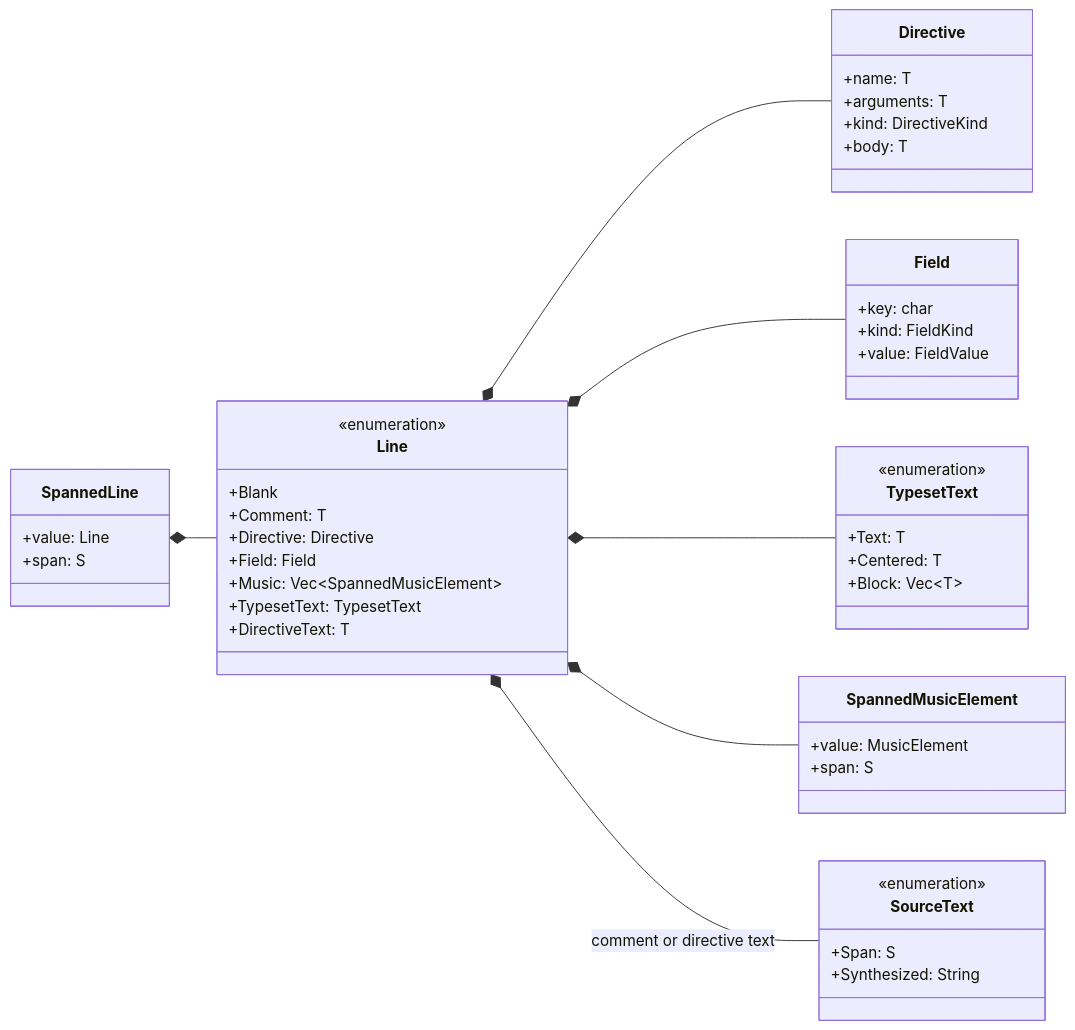
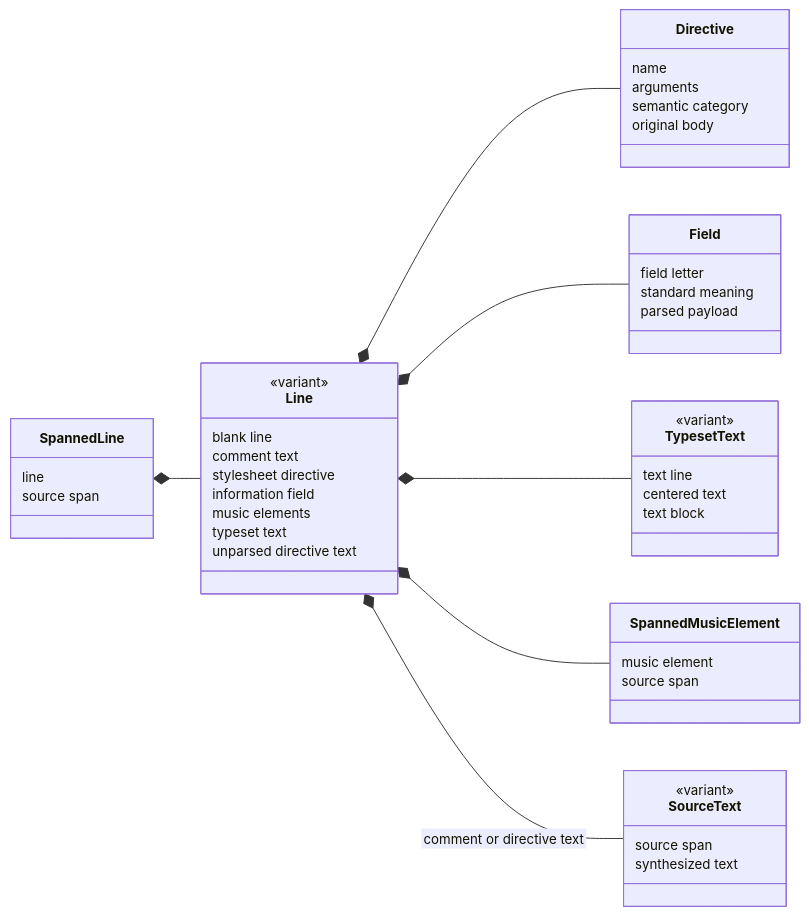
The fifth of 8 diagrams in docs/architecture.md (mauricebarnum/abc-parser), drawn with Mermaid before and after one commit. The commit also changed other lines of this file, not shown here.

First line of the commit message:
Refine architecture diagram readability

````diff
--- a/docs/architecture.md
+++ b/docs/architecture.md
@@ -315,50 +346,56 @@
 ```mermaid
+---
+config:
+  htmlLabels: false
+  themeVariables:
+    fontSize: 14px
+---
 classDiagram
     direction LR
     class SpannedLine {
-        +value: Line
-        +span: S
+        line
+        source span
     }
     class Line {
-        <<enumeration>>
-        +Blank
-        +Comment: T
-        +Directive: Directive
-        +Field: Field
-        +Music: Vec~SpannedMusicElement~
-        +TypesetText: TypesetText
-        +DirectiveText: T
+        <<variant>>
+        blank line
+        comment text
+        stylesheet directive
+        information field
+        music elements
+        typeset text
+        unparsed directive text
     }
     class Directive {
-        +name: T
-        +arguments: T
-        +kind: DirectiveKind
-        +body: T
+        name
+        arguments
+        semantic category
+        original body
     }
     class Field {
-        +key: char
-        +kind: FieldKind
-        +value: FieldValue
+        field letter
+        standard meaning
+        parsed payload
     }
     class TypesetText {
-        <<enumeration>>
-        +Text: T
-        +Centered: T
-        +Block: Vec~T~
+        <<variant>>
+        text line
+        centered text
+        text block
     }
     class SpannedMusicElement {
-        +value: MusicElement
-        +span: S
+        music element
+        source span
     }
     class SourceText {
-        <<enumeration>>
-        +Span: S
-        +Synthesized: String
+        <<variant>>
+        source span
+        synthesized text
     }
     SpannedLine *-- Line
     Line *-- Directive
     Line *-- Field
     Line *-- TypesetText
     Line *-- SpannedMusicElement
     Line *-- SourceText : comment or directive text
 ```
````
